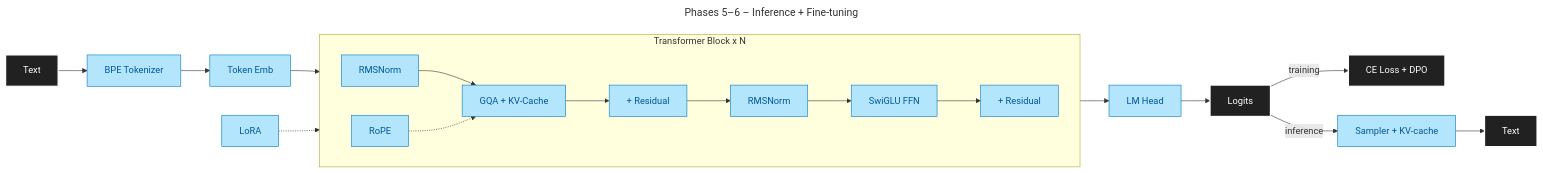
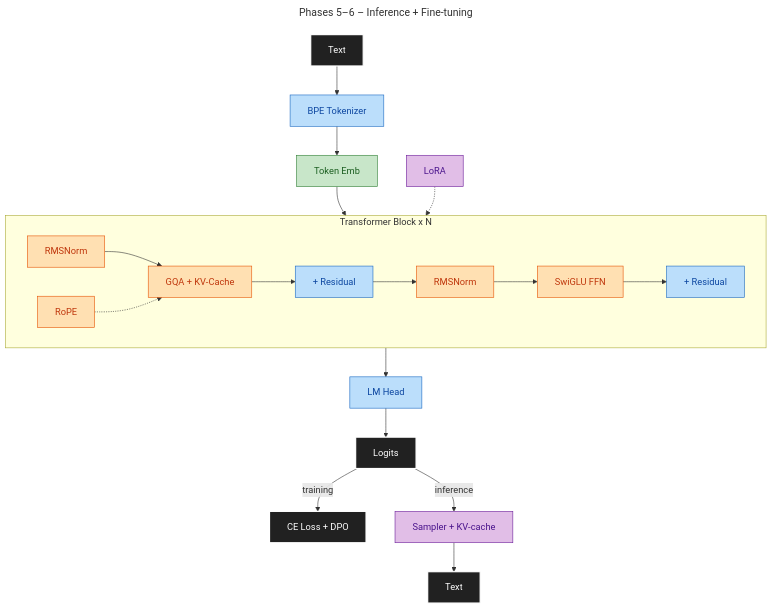
One commit to maxjbarfuss/max_llm changed the fourth of 7 diagrams in docs/DESIGN.md. Above: the diagram before and after it, drawn with Mermaid. The commit also changed other lines of this file and 15 other files, not shown here.

First line of the commit message:
Phase 3: Full decoder stack + diagram sync

````diff
--- a/docs/DESIGN.md
+++ b/docs/DESIGN.md
@@ -69,19 +70,21 @@
 ```mermaid
 ---
 title: Phases 5–6 – Inference + Fine-tuning
 ---
-graph LR
-    A[Text]:::io --> B[BPE Tokenizer]:::p56 --> C[Token Emb]:::p56 --> Block
+graph TD
+    A[Text]:::io --> B[BPE Tokenizer]:::p3 --> C[Token Emb]:::p2 --> Block
     subgraph Block[Transformer Block x N]
         direction LR
-        D[RMSNorm]:::p56 --> E[GQA + KV-Cache]:::p56 --> F[+ Residual]:::p56 --> G[RMSNorm]:::p56 --> H[SwiGLU FFN]:::p56 --> I[+ Residual]:::p56
-        RoPE:::p56 -.-> E
+        D[RMSNorm]:::p4 --> E[GQA + KV-Cache]:::p4 --> F[+ Residual]:::p3 --> G[RMSNorm]:::p4 --> H[SwiGLU FFN]:::p4 --> I[+ Residual]:::p3
+        RoPE:::p4 -.-> E
     end
-    Block --> J[LM Head]:::p56 --> K[Logits]:::io
+    Block --> J[LM Head]:::p3 --> K[Logits]:::io
     K -->|training| L[CE Loss + DPO]:::io
     K -->|inference| M[Sampler + KV-cache]:::p56 --> N[Text]:::io
     LoRA:::p56 -.-> Block
     classDef io fill:#212121,stroke:#FFFFFF,color:#FFFFFF,stroke-width:2px
+    classDef p2 fill:#C8E6C9,stroke:#2E7D32,color:#1B5E20
     classDef p3 fill:#BBDEFB,stroke:#1565C0,color:#0D47A1
-    classDef p56 fill:#B3E5FC,stroke:#0277BD,color:#01579B
+    classDef p4 fill:#FFE0B2,stroke:#E65100,color:#BF360C
+    classDef p56 fill:#E1BEE7,stroke:#6A1B9A,color:#4A148C
 ```
````
